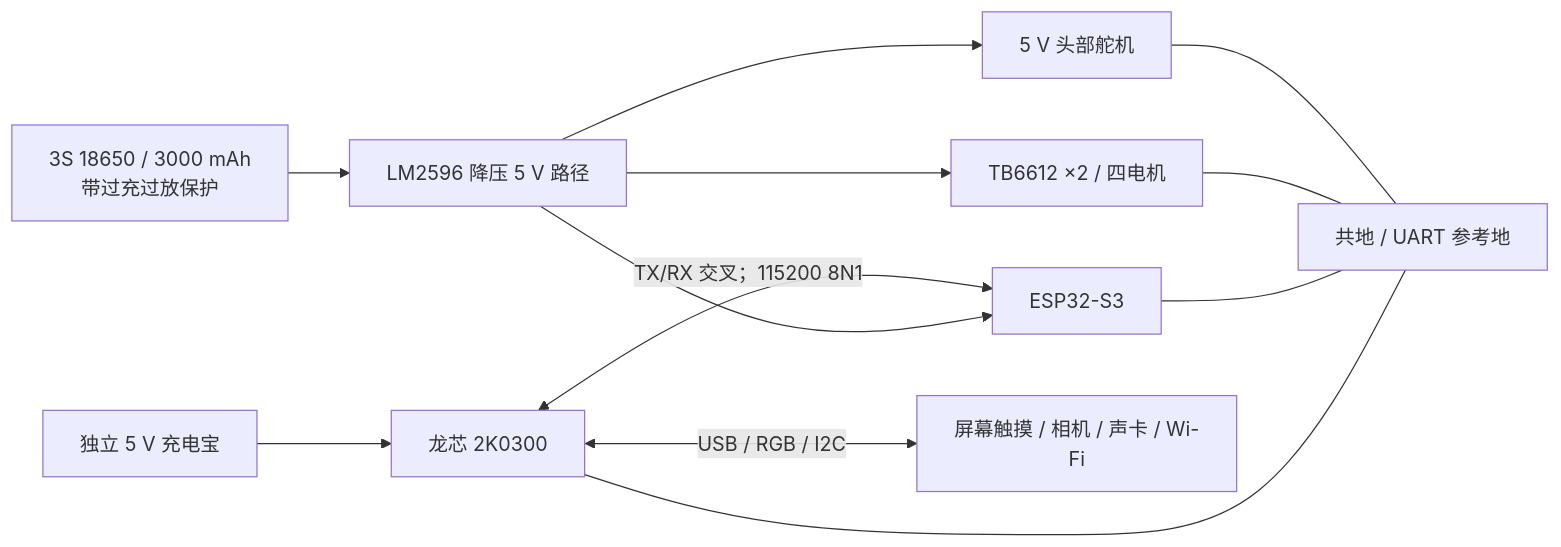
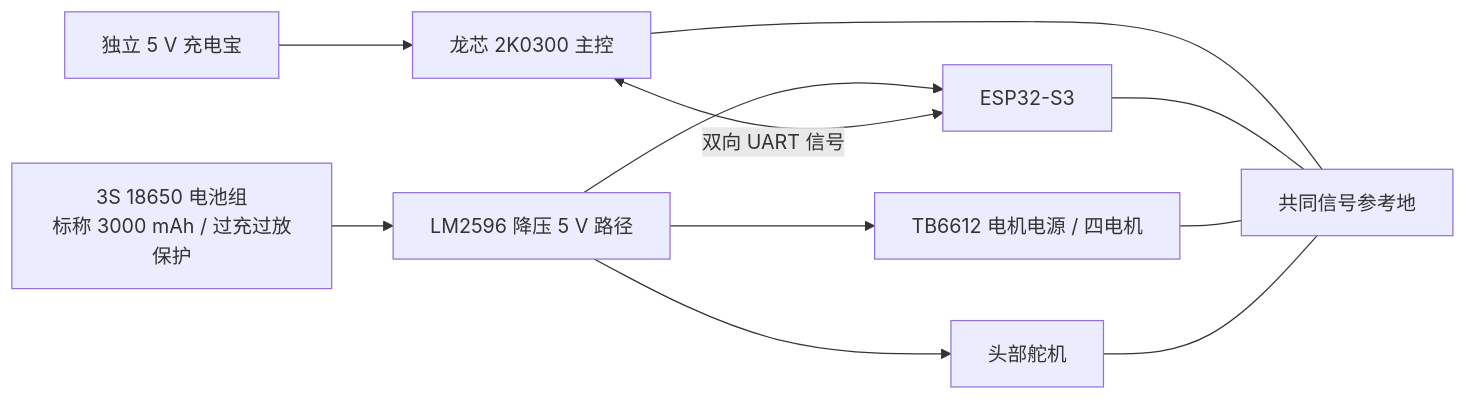
Before and after one commit to Justin-fanfan/Submission_Materials: the eighth of 36 diagrams in LongPet_产品设计文档.md, drawn with Mermaid. The commit also changed other lines of this file and 4 other files, not shown here.

````diff
--- a/LongPet_产品设计文档.md
+++ b/LongPet_产品设计文档.md
@@ -613,14 +649,13 @@
 ```mermaid
 flowchart LR
-    BAT["3S 18650 / 3000 mAh<br/>带过充过放保护"] --> REG["LM2596 降压 5 V 路径"]
-    REG --> TB["TB6612 ×2 / 四电机"]
-    REG --> ESP["ESP32-S3"]
-    REG --> SERVO["5 V 头部舵机"]
-    BANK["独立 5 V 充电宝"] --> SOC["龙芯 2K0300"]
-    SOC <-->|"TX/RX 交叉；115200 8N1"| ESP
-    SOC --- GND["共地 / UART 参考地"]
-    ESP --- GND
-    TB --- GND
-    SERVO --- GND
-    SOC <-->|"USB / RGB / I2C"| PER["屏幕触摸 / 相机 / 声卡 / Wi-Fi"]
+    BAT["3S 18650 电池组<br/>标称 3000 mAh / 过充过放保护"] --> REG["LM2596 降压 5 V 路径"]
+    REG --> DRV["TB6612 电机电源 / 四电机"]
+    REG --> MCU["ESP32-S3"]
+    REG --> HEAD["头部舵机"]
+    BANK["独立 5 V 充电宝"] --> SOC["龙芯 2K0300 主控"]
+    SOC <-->|"双向 UART 信号"| MCU
+    SOC --- GND["共同信号参考地"]
+    MCU --- GND
+    DRV --- GND
+    HEAD --- GND
 ```
````
